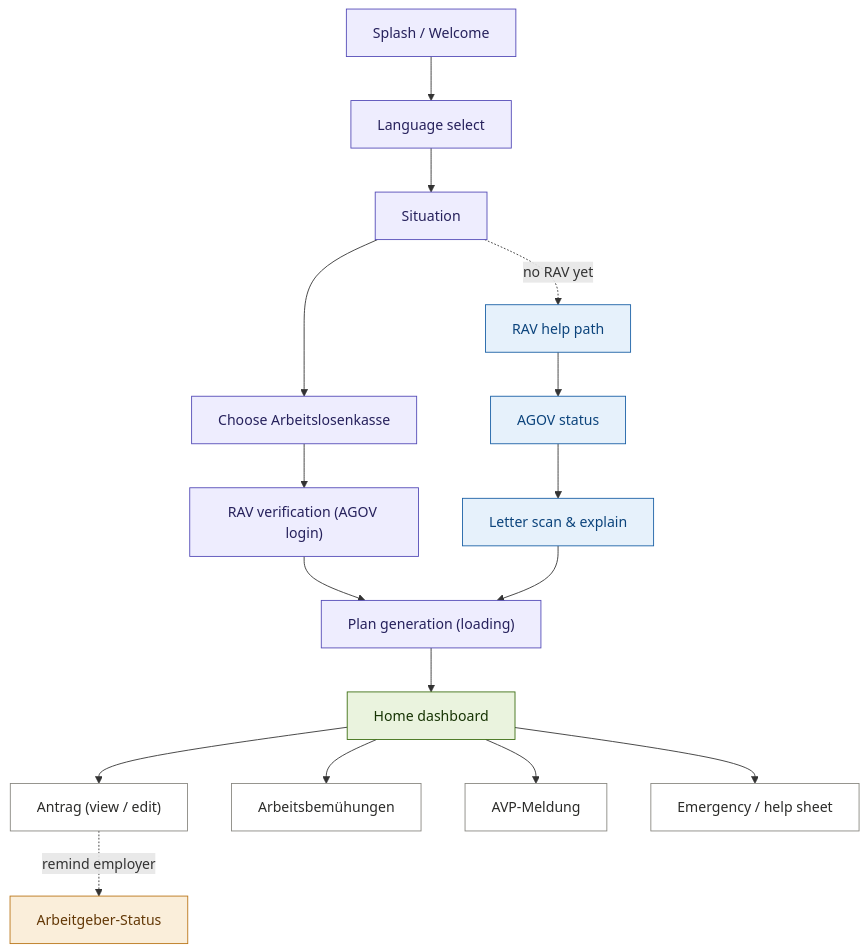
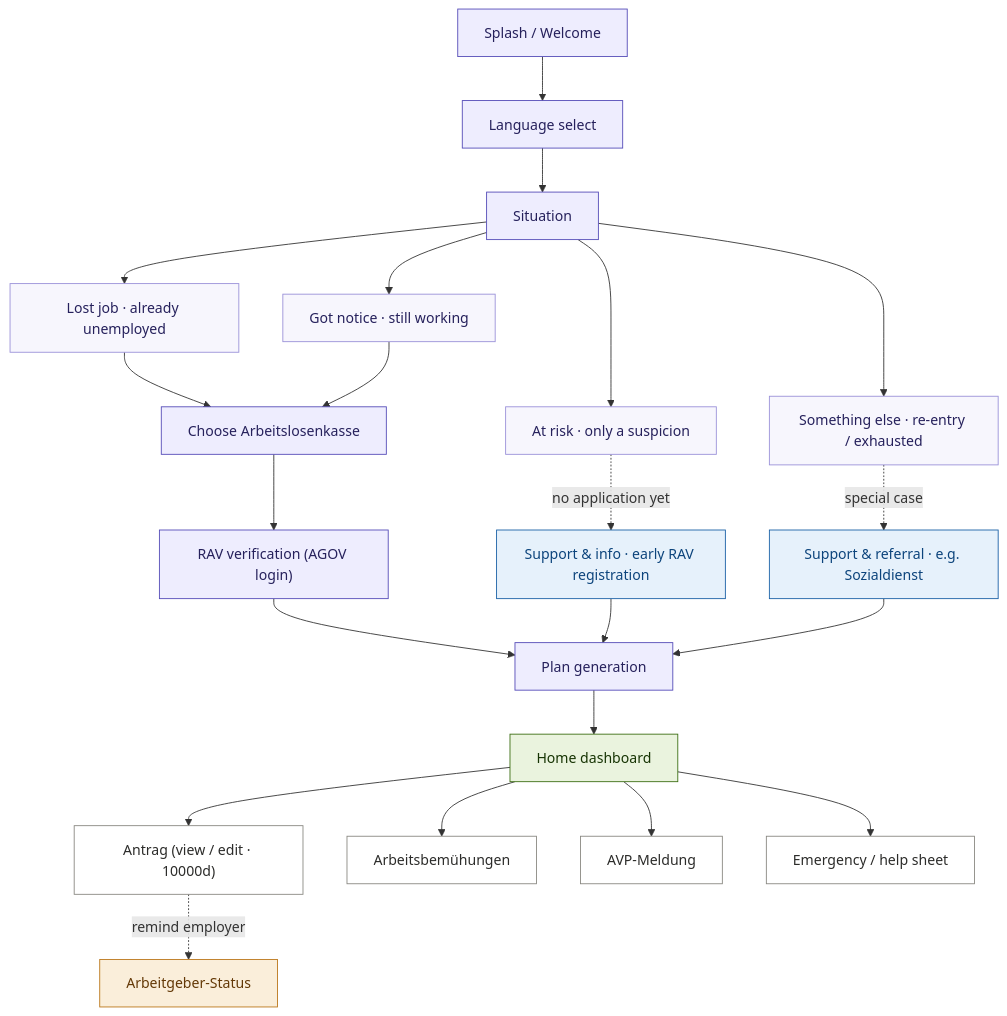
The third of 3 diagrams in README.md (WeslleyDeSouza/govtech-hackathon-2026), drawn with Mermaid before and after one commit. The commit also changed other lines of this file, not shown here.

````diff
--- a/README.md
+++ b/README.md
@@ -75,28 +74,37 @@
 ```mermaid
 flowchart TD
   V0["Splash / Welcome"]:::on --> V1["Language select"]:::on
   V1 --> V3["Situation"]:::on
-  V3 --> V12["Choose Arbeitslosenkasse"]:::on
+
+  V3 --> S1["Lost job · already unemployed"]:::opt
+  V3 --> S2["Got notice · still working"]:::opt
+  V3 --> S3["At risk · only a suspicion"]:::opt
+  V3 --> S4["Something else · re-entry / exhausted"]:::opt
+
+  %% full application path (needs a fund)
+  S1 --> V12["Choose Arbeitslosenkasse"]:::on
+  S2 --> V12
   V12 --> V13["RAV verification (AGOV login)"]:::on
-  V13 --> V10["Plan generation (loading)"]:::on
+  V13 --> V10["Plan generation"]:::on
+
+  %% support paths (no fund needed)
+  S3 -. "no application yet" .-> SUP["Support & info · early RAV registration"]:::alt
+  S4 -. "special case" .-> SUP2["Support & referral · e.g. Sozialdienst"]:::alt
+  SUP --> V10
+  SUP2 --> V10
+
   V10 --> V11["Home dashboard"]:::home
 
-  %% alternate help paths
-  V3 -.no RAV yet.-> V5["RAV help path"]:::alt
-  V5 --> V6["AGOV status"]:::alt
-  V6 --> V9["Letter scan & explain"]:::alt
-  V9 --> V10
-
-  %% sub-screens reachable from Home
-  V11 --> A["Antrag (view / edit)"]:::sub
+  V11 --> A["Antrag (view / edit · 10000d)"]:::sub
   V11 --> B["Arbeitsbemühungen"]:::sub
   V11 --> P["AVP-Meldung"]:::sub
   V11 --> E["Emergency / help sheet"]:::sub
   A -. "remind employer" .-> AG["Arbeitgeber-Status"]:::wait
 
   classDef on fill:#EEEDFE,stroke:#534AB7,color:#26215C
+  classDef opt fill:#F7F6FD,stroke:#9990D8,color:#26215C
+  classDef alt fill:#E6F1FB,stroke:#185FA5,color:#0C447C
   classDef home fill:#EAF3DE,stroke:#3B6D11,color:#173404
-  classDef alt fill:#E6F1FB,stroke:#185FA5,color:#0C447C
   classDef sub fill:#ffffff,stroke:#888780,color:#2c2c2a
   classDef wait fill:#FAEEDA,stroke:#BA7517,color:#633806
 ```
````
